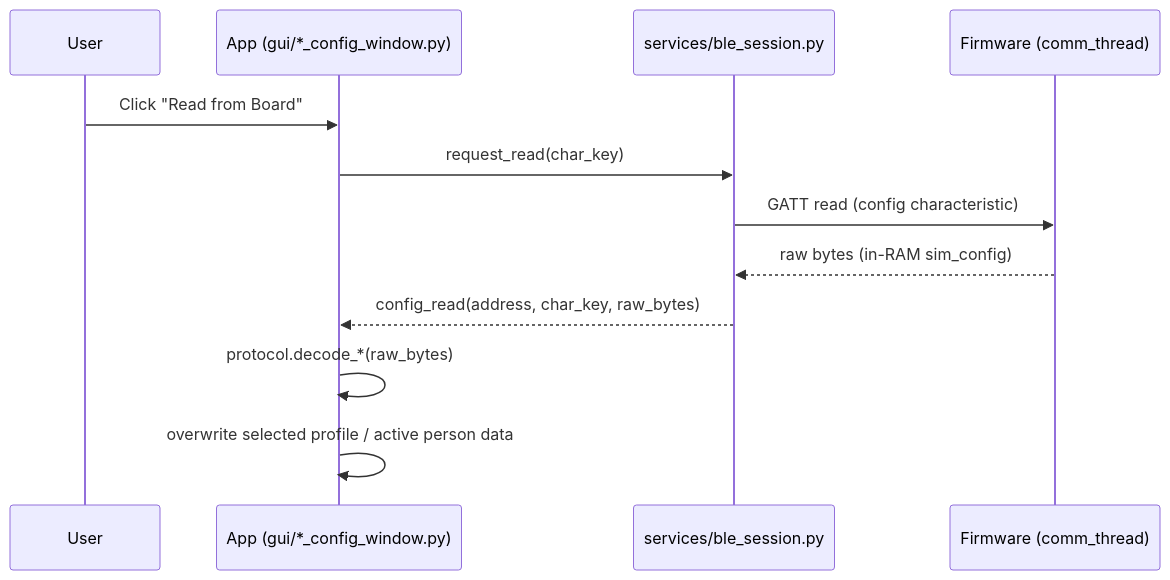
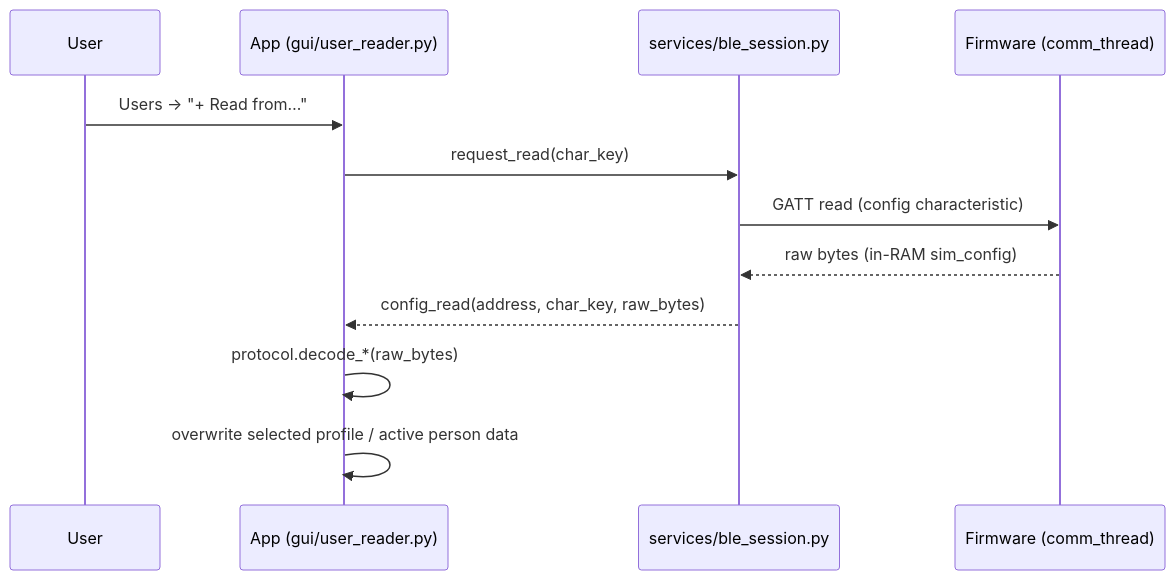
One commit to gomes717/SensorSimulator changed the third of 6 diagrams in docs/ARCHITECTURE.md. Above: the diagram before and after it, drawn with Mermaid. The commit also changed other lines of this file and 9 other files, not shown here.

First line of the commit message:
docs: the Users refactor is done — ADR 0006, architecture, application, protocol, plan, TODO

````diff
--- a/docs/ARCHITECTURE.md
+++ b/docs/ARCHITECTURE.md
@@ -164,15 +163,15 @@
 ```mermaid
 sequenceDiagram
     participant U as User
-    participant App as App (gui/*_config_window.py)
+    participant App as App (gui/user_reader.py)
     participant BLE as services/ble_session.py
     participant FW as Firmware (comm_thread)
 
-    U->>App: Click "Read from Board"
+    U->>App: Users → "+ Read from…"
     App->>BLE: request_read(char_key)
     BLE->>FW: GATT read (config characteristic)
     FW-->>BLE: raw bytes (in-RAM sim_config)
     BLE-->>App: config_read(address, char_key, raw_bytes)
     App->>App: protocol.decode_*(raw_bytes)
     App->>App: overwrite selected profile / active person data
 ```
````
